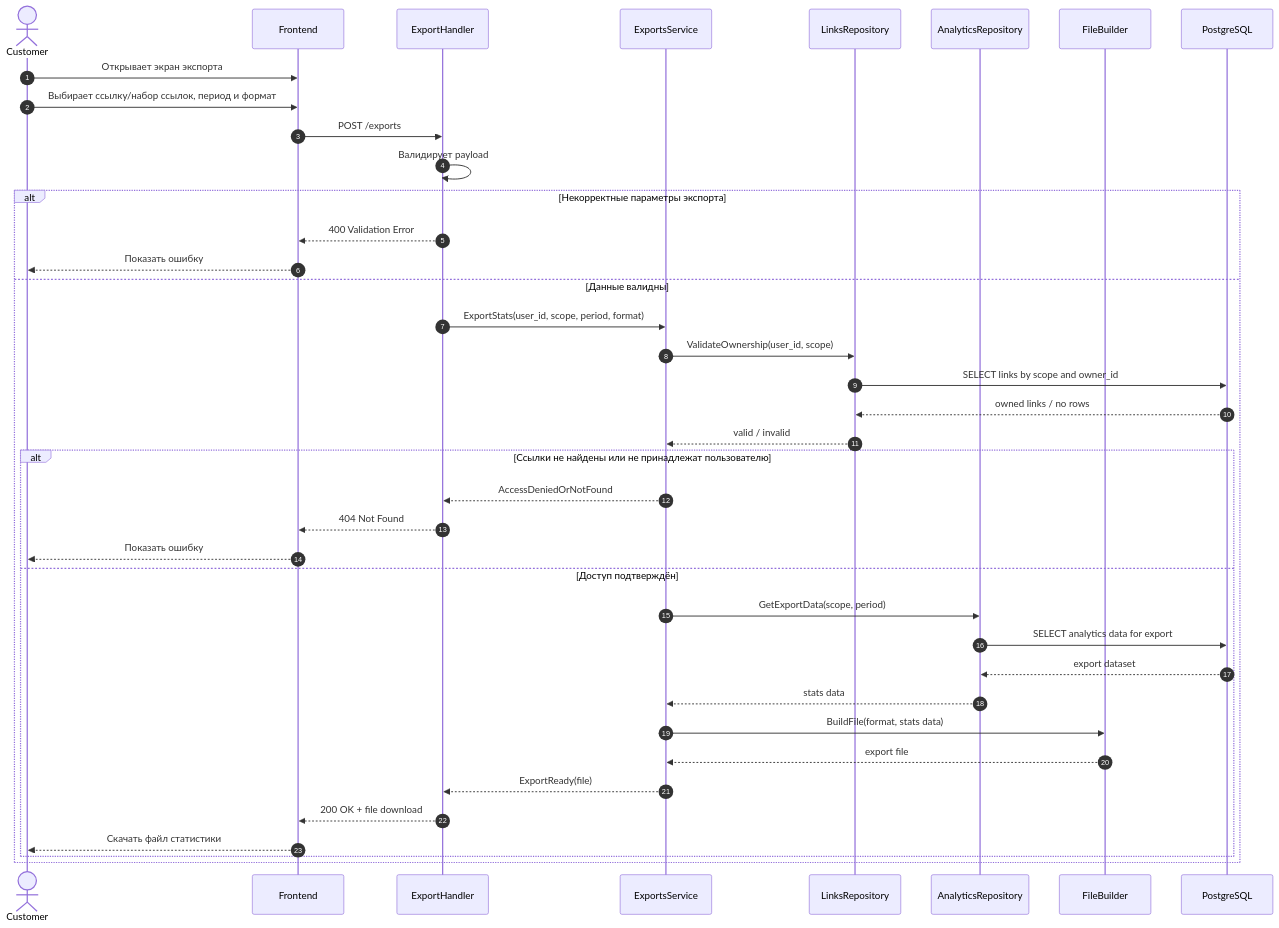
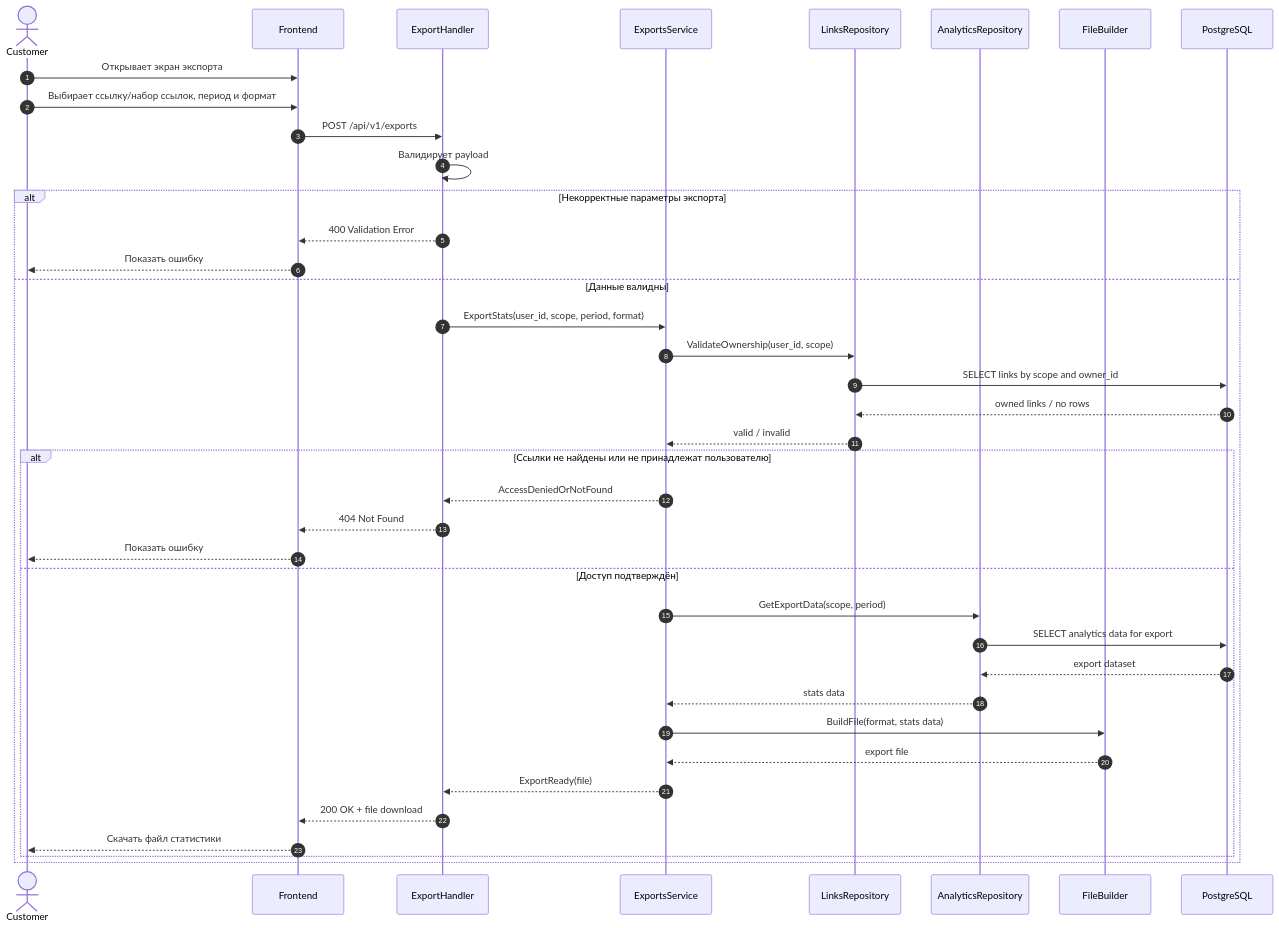
Before and after one commit to k3llone/TrackLink: the diagram in docs/Sequence/SD-18.md, drawn with Mermaid. The commit also changed 33 other files, not shown here.

````diff
--- a/docs/Sequence/SD-18.md
+++ b/docs/Sequence/SD-18.md
@@ -3,48 +3,48 @@
 ```mermaid
 sequenceDiagram
     autonumber
 
     actor Customer
     participant FE as Frontend
     participant EH as ExportHandler
     participant ES as ExportsService
     participant LR as LinksRepository
     participant AR as AnalyticsRepository
     participant FB as FileBuilder
     participant DB as PostgreSQL
 
     Customer->>FE: Открывает экран экспорта
     Customer->>FE: Выбирает ссылку/набор ссылок, период и формат
-    FE->>EH: POST /exports
+    FE->>EH: POST /api/v1/exports
 
     EH->>EH: Валидирует payload
     alt Некорректные параметры экспорта
         EH-->>FE: 400 Validation Error
         FE-->>Customer: Показать ошибку
     else Данные валидны
         EH->>ES: ExportStats(user_id, scope, period, format)
 
         ES->>LR: ValidateOwnership(user_id, scope)
         LR->>DB: SELECT links by scope and owner_id
         DB-->>LR: owned links / no rows
         LR-->>ES: valid / invalid
 
         alt Ссылки не найдены или не принадлежат пользователю
             ES-->>EH: AccessDeniedOrNotFound
             EH-->>FE: 404 Not Found
             FE-->>Customer: Показать ошибку
         else Доступ подтверждён
             ES->>AR: GetExportData(scope, period)
             AR->>DB: SELECT analytics data for export
             DB-->>AR: export dataset
             AR-->>ES: stats data
 
             ES->>FB: BuildFile(format, stats data)
             FB-->>ES: export file
 
             ES-->>EH: ExportReady(file)
             EH-->>FE: 200 OK + file download
             FE-->>Customer: Скачать файл статистики
         end
     end
 ```
````
